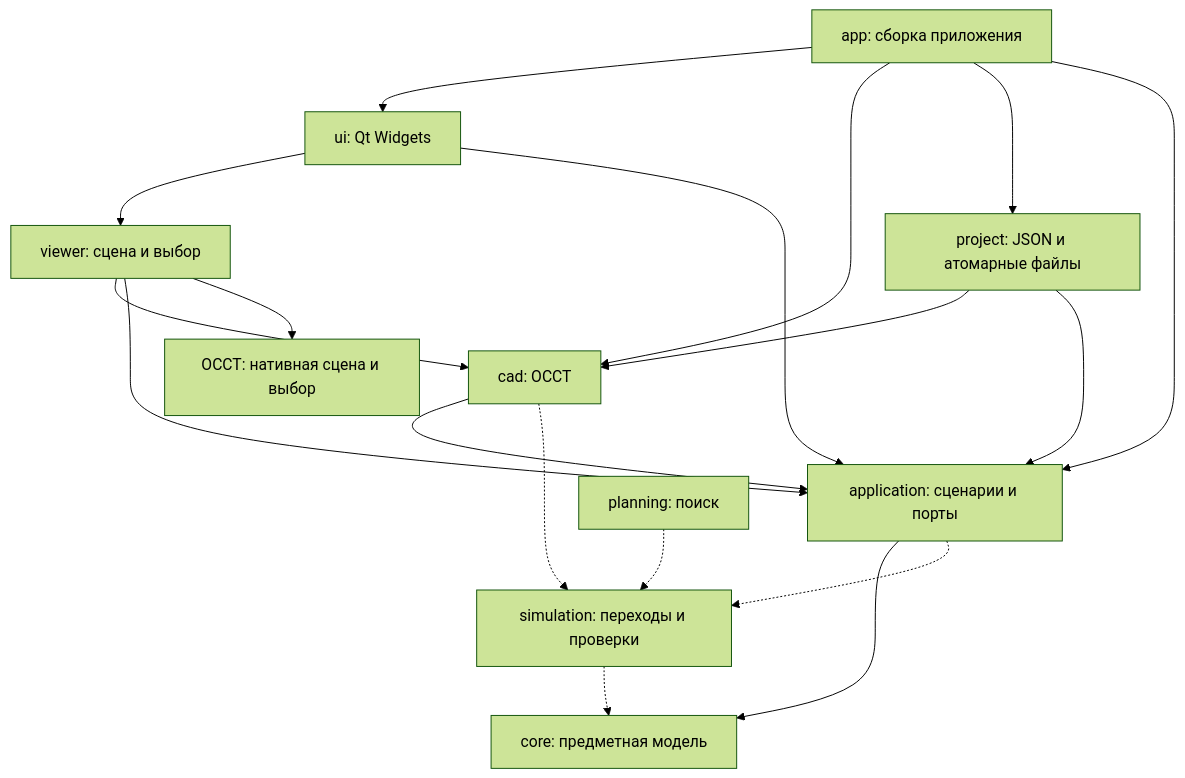
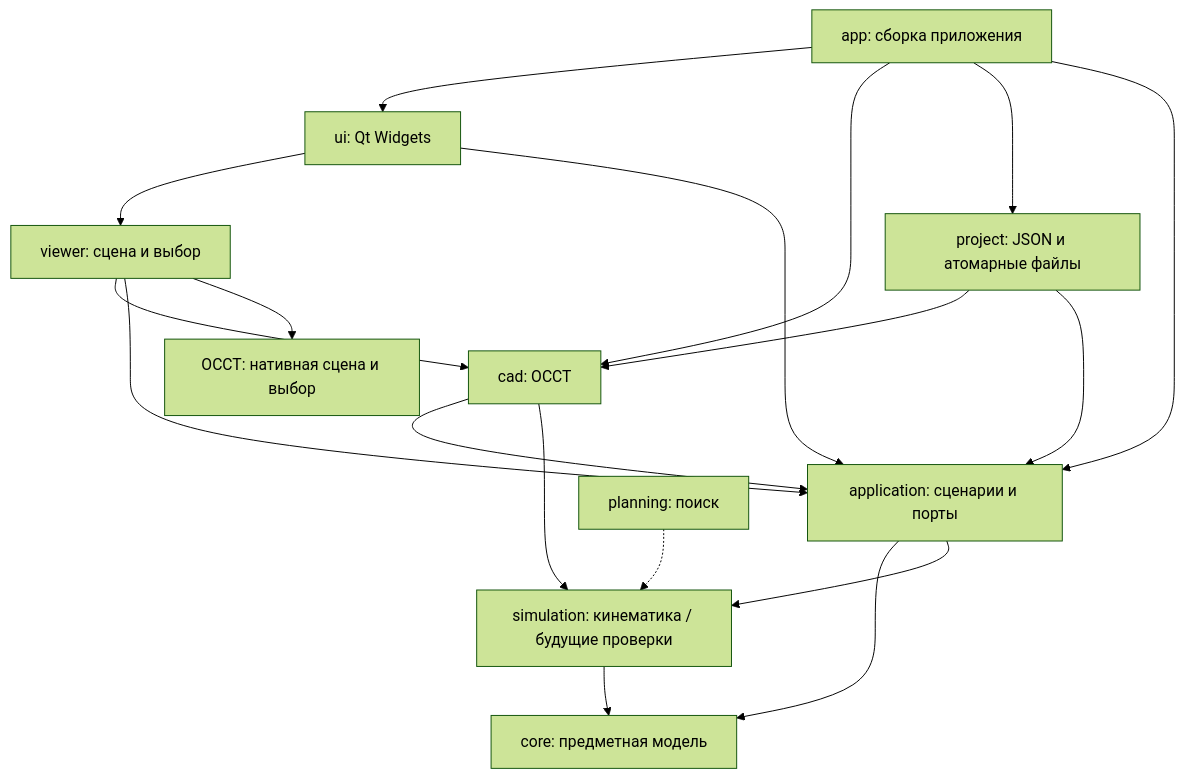
Before and after one commit to DenisPapushaJava/3d-bending-simulator: the diagram in docs/architecture.md, drawn with Mermaid (forest theme). The commit also changed other lines of this file and 32 other files, not shown here.

````diff
--- a/docs/architecture.md
+++ b/docs/architecture.md
@@ -15,20 +15,20 @@
 ```mermaid
 flowchart TD
     APP[app: сборка приложения] --> UI[ui: Qt Widgets]
     APP --> CAD[cad: OCCT]
     APP --> FILES[project: JSON и атомарные файлы]
     FILES --> CAD
     FILES --> USE
     UI --> VIEW[viewer: сцена и выбор]
     APP --> USE[application: сценарии и порты]
     UI --> USE
     CAD --> USE
     VIEW --> CAD
     VIEW --> USE
     USE --> CORE[core: предметная модель]
     VIEW --> OCC[OCCT: нативная сцена и выбор]
-    SIM[simulation: переходы и проверки] -.-> CORE
-    CAD -.-> SIM
+    SIM[simulation: кинематика / будущие проверки] --> CORE
+    CAD --> SIM
     PLAN[planning: поиск] -.-> SIM
-    USE -.-> SIM
+    USE --> SIM
 ```
````
